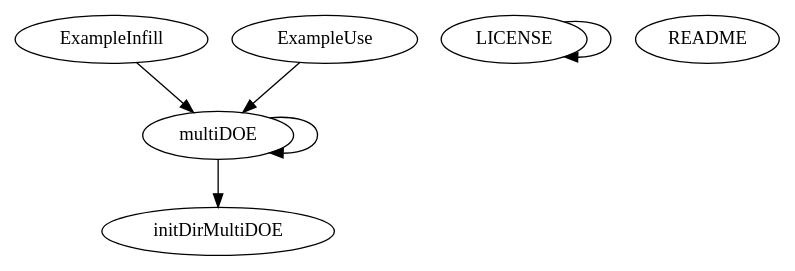
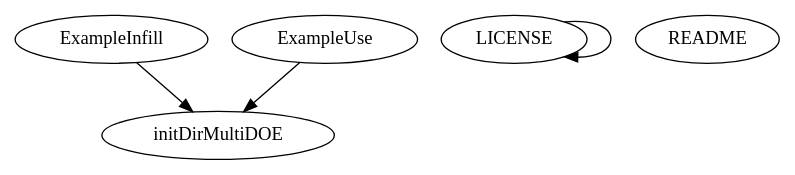
The diagram in doc/MultiDOE/graph.dot (luclaurent/MultiDOE), drawn with Graphviz before and after one commit. The commit also changed 107 other files, not shown here.

```diff
--- a/doc/MultiDOE/graph.dot
+++ b/doc/MultiDOE/graph.dot
@@ -1,15 +1,12 @@
 /* Created by mdot for Matlab */
 digraph m2html {
-  ExampleInfill -> multiDOE;
-  ExampleUse -> multiDOE;
+  ExampleInfill -> initDirMultiDOE;
+  ExampleUse -> initDirMultiDOE;
   LICENSE -> LICENSE;
-  multiDOE -> initDirMultiDOE;
-  multiDOE -> multiDOE;
 
   ExampleInfill [URL="ExampleInfill.html"];
   ExampleUse [URL="ExampleUse.html"];
   LICENSE [URL="LICENSE.html"];
   README [URL="README.html"];
   initDirMultiDOE [URL="initDirMultiDOE.html"];
-  multiDOE [URL="multiDOE.html"];
 }
```
